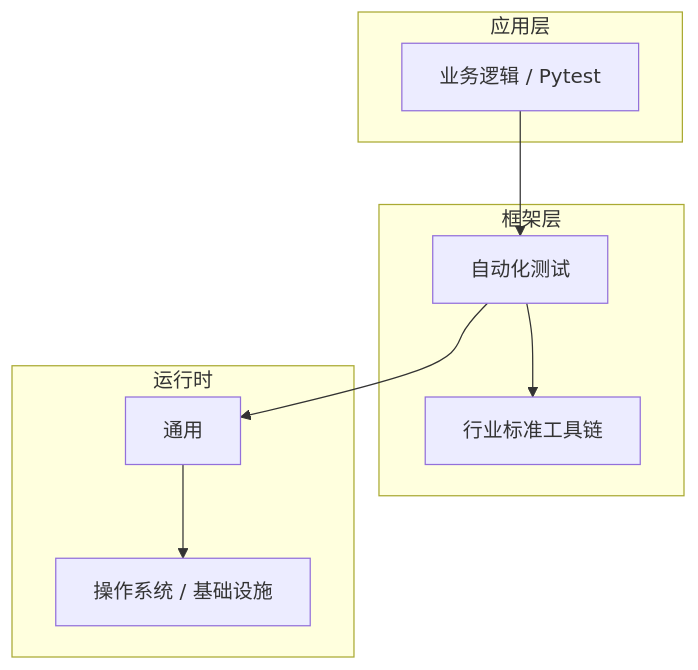
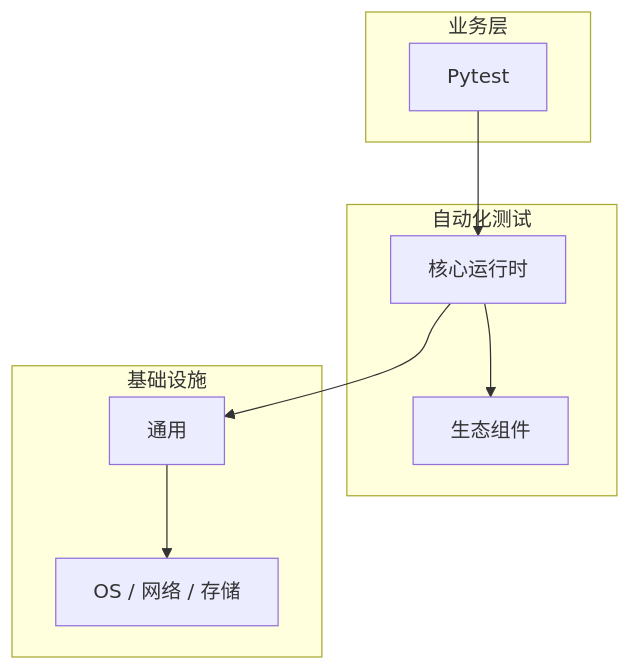
The diagram in articles/自动化测试/chapters/036-Pytest核心概念与原理.md (yanggan2015/knowledge-json-v2), drawn with Mermaid before and after one commit. The commit also changed other lines of this file and 10127 other files, not shown here.

````diff
--- a/articles/自动化测试/chapters/036-Pytest核心概念与原理.md
+++ b/articles/自动化测试/chapters/036-Pytest核心概念与原理.md
@@ -45,18 +34,18 @@
 ```mermaid
 graph TB
-    subgraph 应用层
-        A[业务逻辑 / Pytest]
+    subgraph 业务层
+        A[Pytest]
     end
-    subgraph 框架层
-        B[自动化测试]
-        C[行业标准工具链]
+    subgraph 自动化测试
+        B[核心运行时]
+        C[生态组件]
     end
-    subgraph 运行时
+    subgraph 基础设施
         D[通用]
-        E[操作系统 / 基础设施]
+        E[OS / 网络 / 存储]
     end
     A --> B
     B --> C
     B --> D
     D --> E
 ```
````
